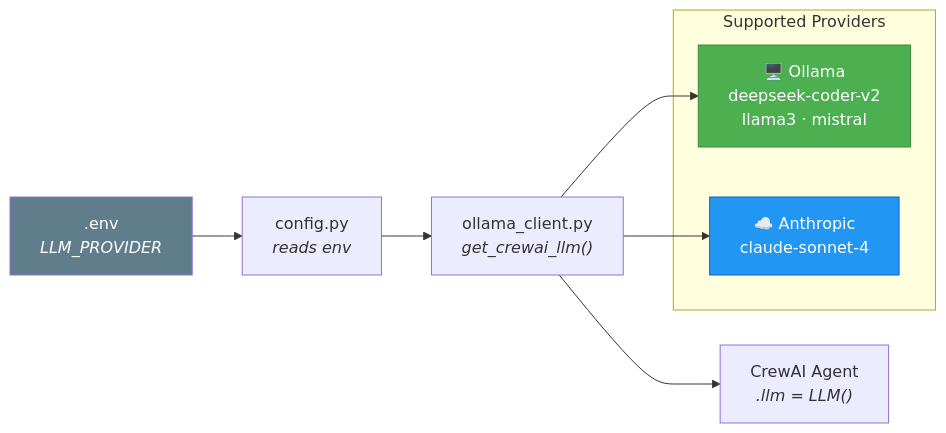
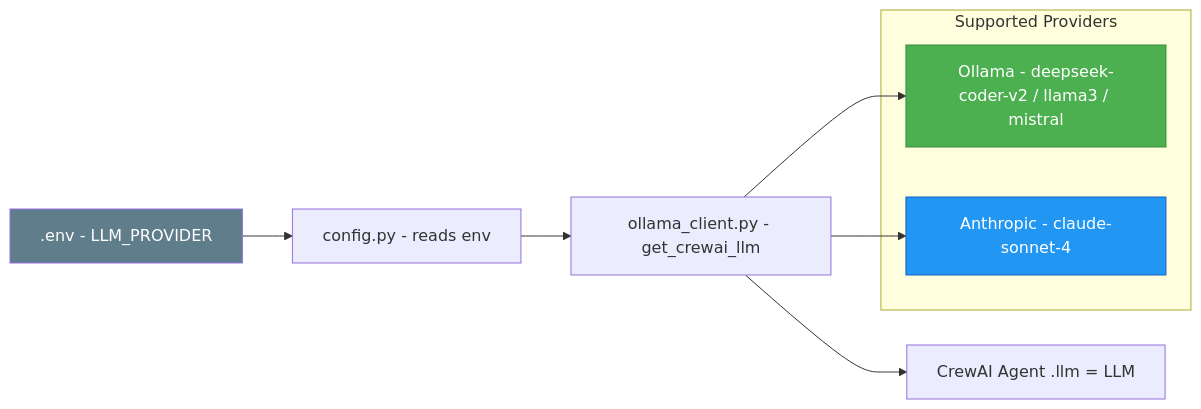
Before and after one commit to soumyachk101/IdeaForge: the sixth of 6 diagrams in README.md, drawn with Mermaid. The commit also changed other lines of this file, not shown here.

First line of the commit message:
Fix all Mermaid diagrams for GitHub renderer compatibility

````diff
--- a/README.md
+++ b/README.md
@@ -383,17 +379,18 @@
 ```mermaid
 flowchart LR
-    ENV[".env<br/><i>LLM_PROVIDER</i>"] --> CONFIG["config.py<br/><i>reads env</i>"]
-    CONFIG --> CLIENT["ollama_client.py<br/><i>get_crewai_llm()</i>"]
-    CLIENT --> AGENT["CrewAI Agent<br/><i>.llm = LLM()</i>"]
+    ENV[".env - LLM_PROVIDER"] --> CONFIG["config.py - reads env"]
+    CONFIG --> CLIENT["ollama_client.py - get_crewai_llm"]
+    CLIENT --> AGENT["CrewAI Agent .llm = LLM"]
 
     subgraph PROVIDERS["Supported Providers"]
-        O["🖥️ Ollama<br/>deepseek-coder-v2<br/>llama3 · mistral"]
-        A["☁️ Anthropic<br/>claude-sonnet-4"]
+        O["Ollama - deepseek-coder-v2 / llama3 / mistral"]
+        A["Anthropic - claude-sonnet-4"]
     end
 
-    CLIENT --> O & A
+    CLIENT --> O
+    CLIENT --> A
 
     style ENV fill:#607D8B,color:#fff
     style O fill:#4CAF50,stroke:#388E3C,color:#fff
     style A fill:#2196F3,stroke:#1565C0,color:#fff
 ```
````
